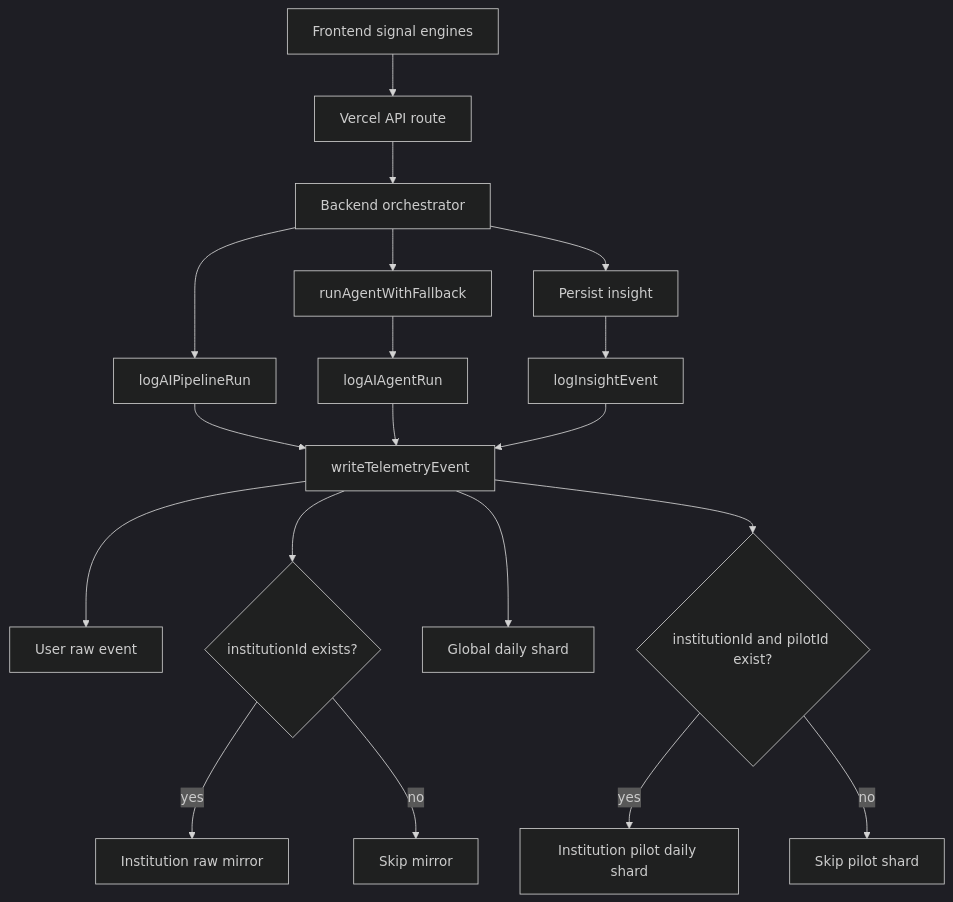
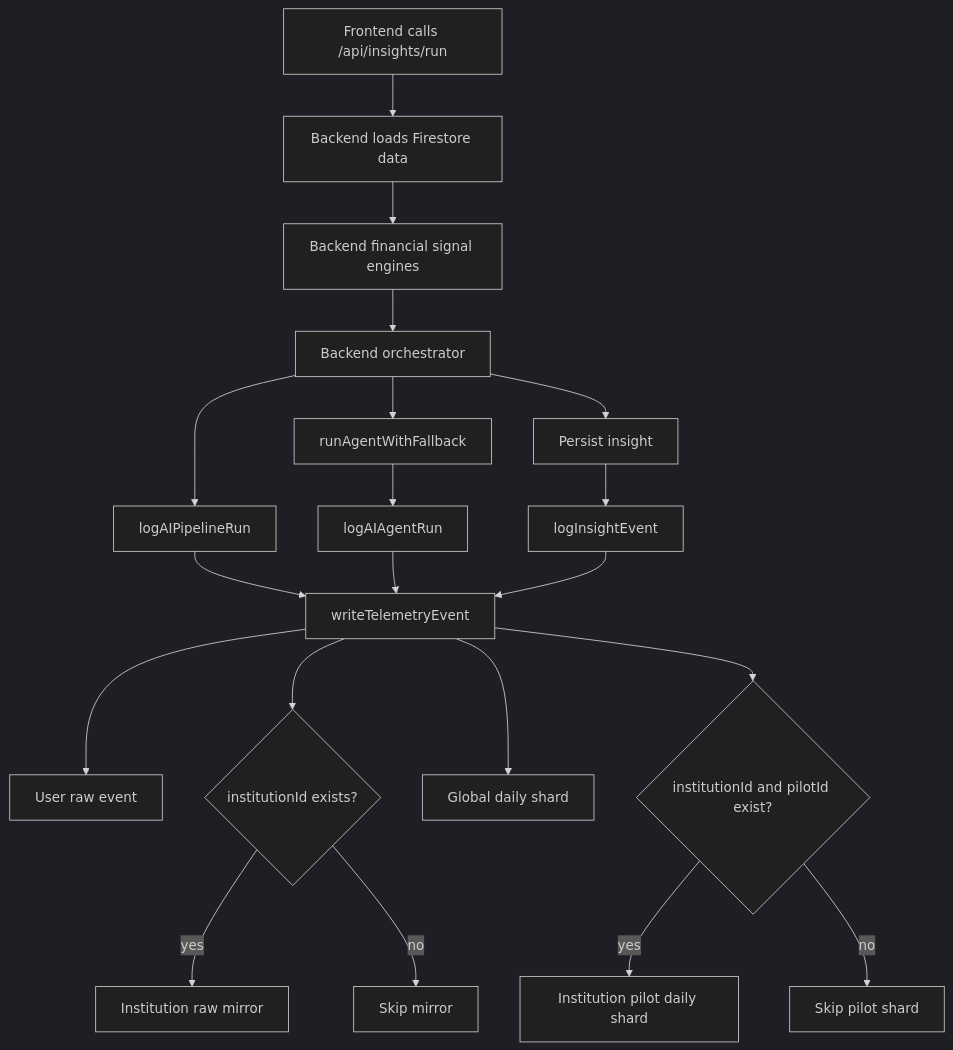
The first of 2 diagrams in docs/backend-ai-telemetry.md (socode-dev/smartbudget), drawn with Mermaid (dark theme) before and after one commit. The commit also changed other lines of this file and 48 other files, not shown here.

Commit message:
feat(insights): migrate deterministic financial signal engines to backend and document the backend-owned insight pipeline

````diff
--- a/docs/backend-ai-telemetry.md
+++ b/docs/backend-ai-telemetry.md
@@ -23,25 +23,26 @@
 ```mermaid
 flowchart TD
-  A[Frontend signal engines] --> B[Vercel API route]
-  B --> C[Backend orchestrator]
+  A[Frontend calls /api/insights/run] --> B[Backend loads Firestore data]
+  B --> C[Backend financial signal engines]
+  C --> D[Backend orchestrator]
 
-  C --> D[logAIPipelineRun]
-  C --> E[runAgentWithFallback]
-  E --> F[logAIAgentRun]
-  C --> G[Persist insight]
-  G --> H[logInsightEvent]
+  D --> E[logAIPipelineRun]
+  D --> F[runAgentWithFallback]
+  F --> G[logAIAgentRun]
+  D --> H[Persist insight]
+  H --> I[logInsightEvent]
 
-  D --> I[writeTelemetryEvent]
-  F --> I
-  H --> I
+  E --> J[writeTelemetryEvent]
+  G --> J
+  I --> J
 
-  I --> J[User raw event]
-  I --> K{institutionId exists?}
-  K -->|yes| L[Institution raw mirror]
-  K -->|no| M[Skip mirror]
+  J --> K[User raw event]
+  J --> L{institutionId exists?}
+  L -->|yes| M[Institution raw mirror]
+  L -->|no| N[Skip mirror]
 
-  I --> N[Global daily shard]
-  I --> O{institutionId and pilotId exist?}
-  O -->|yes| P[Institution pilot daily shard]
-  O -->|no| Q[Skip pilot shard]
+  J --> O[Global daily shard]
+  J --> P{institutionId and pilotId exist?}
+  P -->|yes| Q[Institution pilot daily shard]
+  P -->|no| R[Skip pilot shard]
 ```
````
